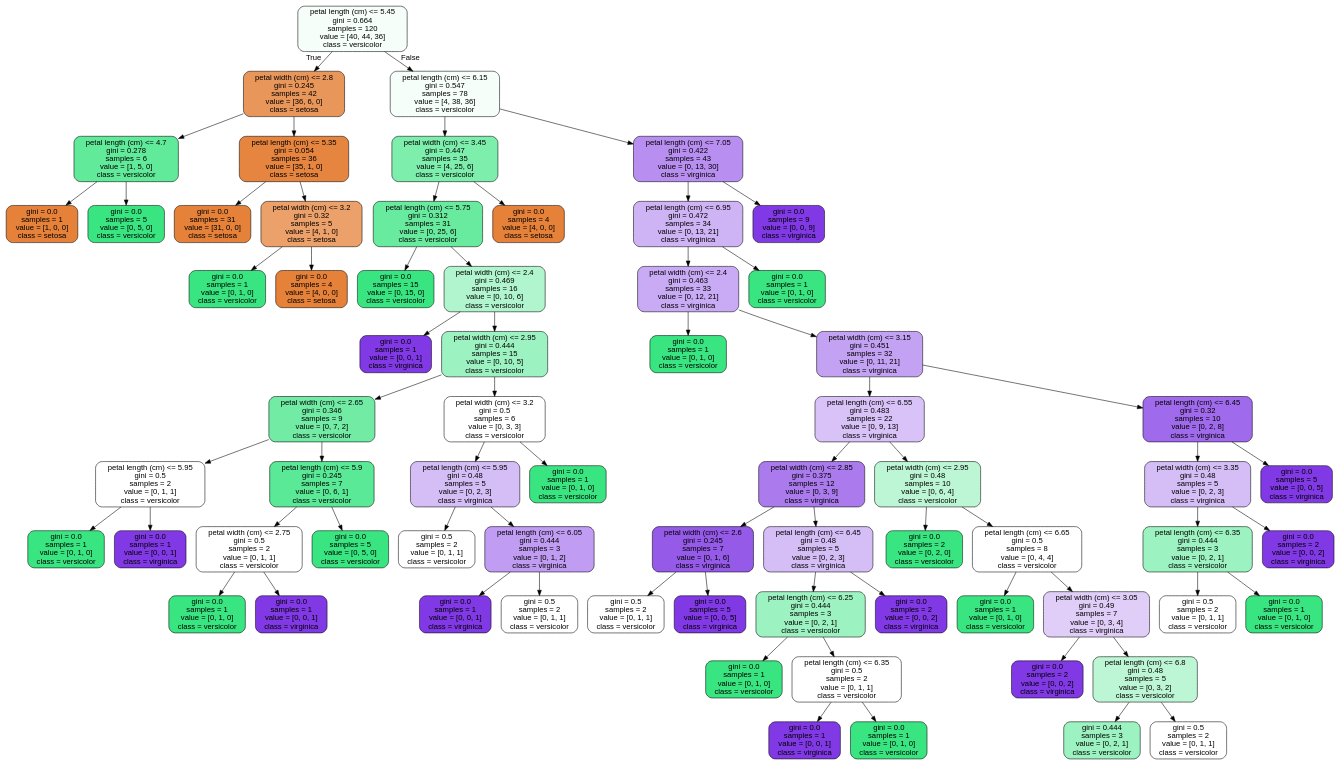
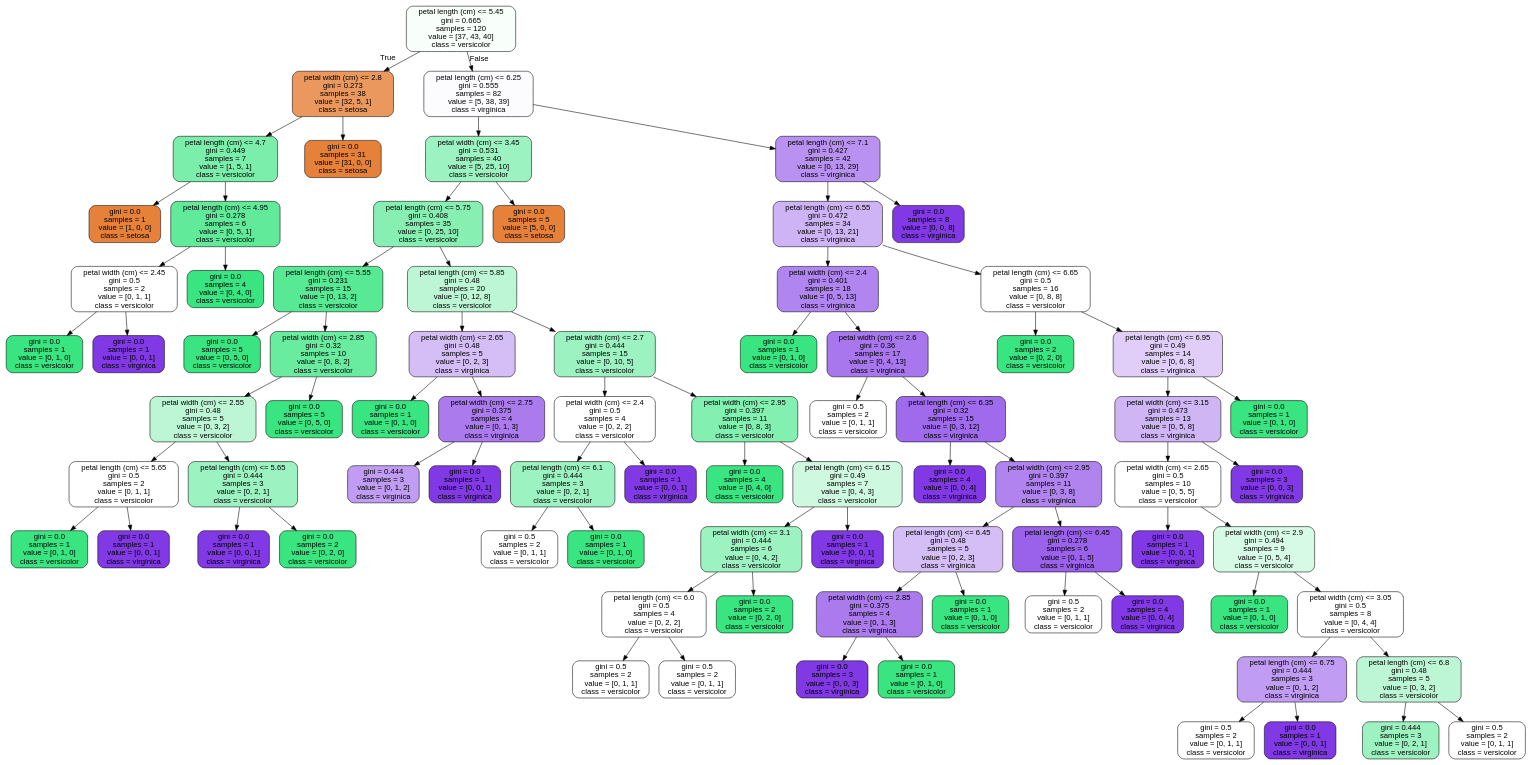
Before and after one commit to JoseDeJesusMendozaBecerril/Practica4_MineriaDeDatos: the diagram in images/decision_trees/iris_tree_train.dot, drawn with Graphviz. The commit also changed 10 other files, not shown here.

```diff
--- a/images/decision_trees/iris_tree_train.dot
+++ b/images/decision_trees/iris_tree_train.dot
@@ -1,141 +1,165 @@
 digraph Tree {
 node [shape=box, style="filled, rounded", color="black", fontname=helvetica] ;
 edge [fontname=helvetica] ;
-0 [label="petal length (cm) <= 5.45\ngini = 0.664\nsamples = 120\nvalue = [40, 44, 36]\nclass = versicolor", fillcolor="#f5fef9"] ;
-1 [label="petal width (cm) <= 2.8\ngini = 0.245\nsamples = 42\nvalue = [36, 6, 0]\nclass = setosa", fillcolor="#e9965a"] ;
+0 [label="petal length (cm) <= 5.45\ngini = 0.665\nsamples = 120\nvalue = [37, 43, 40]\nclass = versicolor", fillcolor="#f8fefa"] ;
+1 [label="petal width (cm) <= 2.8\ngini = 0.273\nsamples = 38\nvalue = [32, 5, 1]\nclass = setosa", fillcolor="#ea985d"] ;
 0 -> 1 [labeldistance=2.5, labelangle=45, headlabel="True"] ;
-2 [label="petal length (cm) <= 4.7\ngini = 0.278\nsamples = 6\nvalue = [1, 5, 0]\nclass = versicolor", fillcolor="#61ea9a"] ;
+2 [label="petal length (cm) <= 4.7\ngini = 0.449\nsamples = 7\nvalue = [1, 5, 1]\nclass = versicolor", fillcolor="#7beeab"] ;
 1 -> 2 ;
 3 [label="gini = 0.0\nsamples = 1\nvalue = [1, 0, 0]\nclass = setosa", fillcolor="#e58139"] ;
 2 -> 3 ;
-4 [label="gini = 0.0\nsamples = 5\nvalue = [0, 5, 0]\nclass = versicolor", fillcolor="#39e581"] ;
+4 [label="petal length (cm) <= 4.95\ngini = 0.278\nsamples = 6\nvalue = [0, 5, 1]\nclass = versicolor", fillcolor="#61ea9a"] ;
 2 -> 4 ;
-5 [label="petal length (cm) <= 5.35\ngini = 0.054\nsamples = 36\nvalue = [35, 1, 0]\nclass = setosa", fillcolor="#e6853f"] ;
-1 -> 5 ;
-6 [label="gini = 0.0\nsamples = 31\nvalue = [31, 0, 0]\nclass = setosa", fillcolor="#e58139"] ;
+5 [label="petal width (cm) <= 2.45\ngini = 0.5\nsamples = 2\nvalue = [0, 1, 1]\nclass = versicolor", fillcolor="#ffffff"] ;
+4 -> 5 ;
+6 [label="gini = 0.0\nsamples = 1\nvalue = [0, 1, 0]\nclass = versicolor", fillcolor="#39e581"] ;
 5 -> 6 ;
-7 [label="petal width (cm) <= 3.2\ngini = 0.32\nsamples = 5\nvalue = [4, 1, 0]\nclass = setosa", fillcolor="#eca06a"] ;
+7 [label="gini = 0.0\nsamples = 1\nvalue = [0, 0, 1]\nclass = virginica", fillcolor="#8139e5"] ;
 5 -> 7 ;
-8 [label="gini = 0.0\nsamples = 1\nvalue = [0, 1, 0]\nclass = versicolor", fillcolor="#39e581"] ;
-7 -> 8 ;
-9 [label="gini = 0.0\nsamples = 4\nvalue = [4, 0, 0]\nclass = setosa", fillcolor="#e58139"] ;
-7 -> 9 ;
-10 [label="petal length (cm) <= 6.15\ngini = 0.547\nsamples = 78\nvalue = [4, 38, 36]\nclass = versicolor", fillcolor="#f6fef9"] ;
+8 [label="gini = 0.0\nsamples = 4\nvalue = [0, 4, 0]\nclass = versicolor", fillcolor="#39e581"] ;
+4 -> 8 ;
+9 [label="gini = 0.0\nsamples = 31\nvalue = [31, 0, 0]\nclass = setosa", fillcolor="#e58139"] ;
+1 -> 9 ;
+10 [label="petal length (cm) <= 6.25\ngini = 0.555\nsamples = 82\nvalue = [5, 38, 39]\nclass = virginica", fillcolor="#fcfbfe"] ;
 0 -> 10 [labeldistance=2.5, labelangle=-45, headlabel="False"] ;
-11 [label="petal width (cm) <= 3.45\ngini = 0.447\nsamples = 35\nvalue = [4, 25, 6]\nclass = versicolor", fillcolor="#7deeac"] ;
+11 [label="petal width (cm) <= 3.45\ngini = 0.531\nsamples = 40\nvalue = [5, 25, 10]\nclass = versicolor", fillcolor="#9cf2c0"] ;
 10 -> 11 ;
-12 [label="petal length (cm) <= 5.75\ngini = 0.312\nsamples = 31\nvalue = [0, 25, 6]\nclass = versicolor", fillcolor="#69eb9f"] ;
+12 [label="petal length (cm) <= 5.75\ngini = 0.408\nsamples = 35\nvalue = [0, 25, 10]\nclass = versicolor", fillcolor="#88efb3"] ;
 11 -> 12 ;
-13 [label="gini = 0.0\nsamples = 15\nvalue = [0, 15, 0]\nclass = versicolor", fillcolor="#39e581"] ;
+13 [label="petal length (cm) <= 5.55\ngini = 0.231\nsamples = 15\nvalue = [0, 13, 2]\nclass = versicolor", fillcolor="#57e994"] ;
 12 -> 13 ;
-14 [label="petal width (cm) <= 2.4\ngini = 0.469\nsamples = 16\nvalue = [0, 10, 6]\nclass = versicolor", fillcolor="#b0f5cd"] ;
-12 -> 14 ;
-15 [label="gini = 0.0\nsamples = 1\nvalue = [0, 0, 1]\nclass = virginica", fillcolor="#8139e5"] ;
-14 -> 15 ;
-16 [label="petal width (cm) <= 2.95\ngini = 0.444\nsamples = 15\nvalue = [0, 10, 5]\nclass = versicolor", fillcolor="#9cf2c0"] ;
-14 -> 16 ;
-17 [label="petal width (cm) <= 2.65\ngini = 0.346\nsamples = 9\nvalue = [0, 7, 2]\nclass = versicolor", fillcolor="#72eca5"] ;
+14 [label="gini = 0.0\nsamples = 5\nvalue = [0, 5, 0]\nclass = versicolor", fillcolor="#39e581"] ;
+13 -> 14 ;
+15 [label="petal width (cm) <= 2.85\ngini = 0.32\nsamples = 10\nvalue = [0, 8, 2]\nclass = versicolor", fillcolor="#6aeca0"] ;
+13 -> 15 ;
+16 [label="petal width (cm) <= 2.55\ngini = 0.48\nsamples = 5\nvalue = [0, 3, 2]\nclass = versicolor", fillcolor="#bdf6d5"] ;
+15 -> 16 ;
+17 [label="petal length (cm) <= 5.65\ngini = 0.5\nsamples = 2\nvalue = [0, 1, 1]\nclass = versicolor", fillcolor="#ffffff"] ;
 16 -> 17 ;
-18 [label="petal length (cm) <= 5.95\ngini = 0.5\nsamples = 2\nvalue = [0, 1, 1]\nclass = versicolor", fillcolor="#ffffff"] ;
+18 [label="gini = 0.0\nsamples = 1\nvalue = [0, 1, 0]\nclass = versicolor", fillcolor="#39e581"] ;
 17 -> 18 ;
-19 [label="gini = 0.0\nsamples = 1\nvalue = [0, 1, 0]\nclass = versicolor", fillcolor="#39e581"] ;
-18 -> 19 ;
-20 [label="gini = 0.0\nsamples = 1\nvalue = [0, 0, 1]\nclass = virginica", fillcolor="#8139e5"] ;
-18 -> 20 ;
-21 [label="petal length (cm) <= 5.9\ngini = 0.245\nsamples = 7\nvalue = [0, 6, 1]\nclass = versicolor", fillcolor="#5ae996"] ;
-17 -> 21 ;
-22 [label="petal width (cm) <= 2.75\ngini = 0.5\nsamples = 2\nvalue = [0, 1, 1]\nclass = versicolor", fillcolor="#ffffff"] ;
-21 -> 22 ;
-23 [label="gini = 0.0\nsamples = 1\nvalue = [0, 1, 0]\nclass = versicolor", fillcolor="#39e581"] ;
-22 -> 23 ;
-24 [label="gini = 0.0\nsamples = 1\nvalue = [0, 0, 1]\nclass = virginica", fillcolor="#8139e5"] ;
-22 -> 24 ;
-25 [label="gini = 0.0\nsamples = 5\nvalue = [0, 5, 0]\nclass = versicolor", fillcolor="#39e581"] ;
-21 -> 25 ;
-26 [label="petal width (cm) <= 3.2\ngini = 0.5\nsamples = 6\nvalue = [0, 3, 3]\nclass = versicolor", fillcolor="#ffffff"] ;
-16 -> 26 ;
-27 [label="petal length (cm) <= 5.95\ngini = 0.48\nsamples = 5\nvalue = [0, 2, 3]\nclass = virginica", fillcolor="#d5bdf6"] ;
-26 -> 27 ;
-28 [label="gini = 0.5\nsamples = 2\nvalue = [0, 1, 1]\nclass = versicolor", fillcolor="#ffffff"] ;
+19 [label="gini = 0.0\nsamples = 1\nvalue = [0, 0, 1]\nclass = virginica", fillcolor="#8139e5"] ;
+17 -> 19 ;
+20 [label="petal length (cm) <= 5.65\ngini = 0.444\nsamples = 3\nvalue = [0, 2, 1]\nclass = versicolor", fillcolor="#9cf2c0"] ;
+16 -> 20 ;
+21 [label="gini = 0.0\nsamples = 1\nvalue = [0, 0, 1]\nclass = virginica", fillcolor="#8139e5"] ;
+20 -> 21 ;
+22 [label="gini = 0.0\nsamples = 2\nvalue = [0, 2, 0]\nclass = versicolor", fillcolor="#39e581"] ;
+20 -> 22 ;
+23 [label="gini = 0.0\nsamples = 5\nvalue = [0, 5, 0]\nclass = versicolor", fillcolor="#39e581"] ;
+15 -> 23 ;
+24 [label="petal length (cm) <= 5.85\ngini = 0.48\nsamples = 20\nvalue = [0, 12, 8]\nclass = versicolor", fillcolor="#bdf6d5"] ;
+12 -> 24 ;
+25 [label="petal width (cm) <= 2.65\ngini = 0.48\nsamples = 5\nvalue = [0, 2, 3]\nclass = virginica", fillcolor="#d5bdf6"] ;
+24 -> 25 ;
+26 [label="gini = 0.0\nsamples = 1\nvalue = [0, 1, 0]\nclass = versicolor", fillcolor="#39e581"] ;
+25 -> 26 ;
+27 [label="petal width (cm) <= 2.75\ngini = 0.375\nsamples = 4\nvalue = [0, 1, 3]\nclass = virginica", fillcolor="#ab7bee"] ;
+25 -> 27 ;
+28 [label="gini = 0.444\nsamples = 3\nvalue = [0, 1, 2]\nclass = virginica", fillcolor="#c09cf2"] ;
 27 -> 28 ;
-29 [label="petal length (cm) <= 6.05\ngini = 0.444\nsamples = 3\nvalue = [0, 1, 2]\nclass = virginica", fillcolor="#c09cf2"] ;
+29 [label="gini = 0.0\nsamples = 1\nvalue = [0, 0, 1]\nclass = virginica", fillcolor="#8139e5"] ;
 27 -> 29 ;
-30 [label="gini = 0.0\nsamples = 1\nvalue = [0, 0, 1]\nclass = virginica", fillcolor="#8139e5"] ;
-29 -> 30 ;
-31 [label="gini = 0.5\nsamples = 2\nvalue = [0, 1, 1]\nclass = versicolor", fillcolor="#ffffff"] ;
-29 -> 31 ;
-32 [label="gini = 0.0\nsamples = 1\nvalue = [0, 1, 0]\nclass = versicolor", fillcolor="#39e581"] ;
-26 -> 32 ;
-33 [label="gini = 0.0\nsamples = 4\nvalue = [4, 0, 0]\nclass = setosa", fillcolor="#e58139"] ;
-11 -> 33 ;
-34 [label="petal length (cm) <= 7.05\ngini = 0.422\nsamples = 43\nvalue = [0, 13, 30]\nclass = virginica", fillcolor="#b88ff0"] ;
-10 -> 34 ;
-35 [label="petal length (cm) <= 6.95\ngini = 0.472\nsamples = 34\nvalue = [0, 13, 21]\nclass = virginica", fillcolor="#cfb4f5"] ;
-34 -> 35 ;
-36 [label="petal width (cm) <= 2.4\ngini = 0.463\nsamples = 33\nvalue = [0, 12, 21]\nclass = virginica", fillcolor="#c9aaf4"] ;
-35 -> 36 ;
-37 [label="gini = 0.0\nsamples = 1\nvalue = [0, 1, 0]\nclass = versicolor", fillcolor="#39e581"] ;
+30 [label="petal width (cm) <= 2.7\ngini = 0.444\nsamples = 15\nvalue = [0, 10, 5]\nclass = versicolor", fillcolor="#9cf2c0"] ;
+24 -> 30 ;
+31 [label="petal width (cm) <= 2.4\ngini = 0.5\nsamples = 4\nvalue = [0, 2, 2]\nclass = versicolor", fillcolor="#ffffff"] ;
+30 -> 31 ;
+32 [label="petal length (cm) <= 6.1\ngini = 0.444\nsamples = 3\nvalue = [0, 2, 1]\nclass = versicolor", fillcolor="#9cf2c0"] ;
+31 -> 32 ;
+33 [label="gini = 0.5\nsamples = 2\nvalue = [0, 1, 1]\nclass = versicolor", fillcolor="#ffffff"] ;
+32 -> 33 ;
+34 [label="gini = 0.0\nsamples = 1\nvalue = [0, 1, 0]\nclass = versicolor", fillcolor="#39e581"] ;
+32 -> 34 ;
+35 [label="gini = 0.0\nsamples = 1\nvalue = [0, 0, 1]\nclass = virginica", fillcolor="#8139e5"] ;
+31 -> 35 ;
+36 [label="petal width (cm) <= 2.95\ngini = 0.397\nsamples = 11\nvalue = [0, 8, 3]\nclass = versicolor", fillcolor="#83efb0"] ;
+30 -> 36 ;
+37 [label="gini = 0.0\nsamples = 4\nvalue = [0, 4, 0]\nclass = versicolor", fillcolor="#39e581"] ;
 36 -> 37 ;
-38 [label="petal width (cm) <= 3.15\ngini = 0.451\nsamples = 32\nvalue = [0, 11, 21]\nclass = virginica", fillcolor="#c3a1f3"] ;
+38 [label="petal length (cm) <= 6.15\ngini = 0.49\nsamples = 7\nvalue = [0, 4, 3]\nclass = versicolor", fillcolor="#cef8e0"] ;
 36 -> 38 ;
-39 [label="petal length (cm) <= 6.55\ngini = 0.483\nsamples = 22\nvalue = [0, 9, 13]\nclass = virginica", fillcolor="#d8c2f7"] ;
+39 [label="petal width (cm) <= 3.1\ngini = 0.444\nsamples = 6\nvalue = [0, 4, 2]\nclass = versicolor", fillcolor="#9cf2c0"] ;
 38 -> 39 ;
-40 [label="petal width (cm) <= 2.85\ngini = 0.375\nsamples = 12\nvalue = [0, 3, 9]\nclass = virginica", fillcolor="#ab7bee"] ;
+40 [label="petal length (cm) <= 6.0\ngini = 0.5\nsamples = 4\nvalue = [0, 2, 2]\nclass = versicolor", fillcolor="#ffffff"] ;
 39 -> 40 ;
-41 [label="petal width (cm) <= 2.6\ngini = 0.245\nsamples = 7\nvalue = [0, 1, 6]\nclass = virginica", fillcolor="#965ae9"] ;
+41 [label="gini = 0.5\nsamples = 2\nvalue = [0, 1, 1]\nclass = versicolor", fillcolor="#ffffff"] ;
 40 -> 41 ;
 42 [label="gini = 0.5\nsamples = 2\nvalue = [0, 1, 1]\nclass = versicolor", fillcolor="#ffffff"] ;
-41 -> 42 ;
-43 [label="gini = 0.0\nsamples = 5\nvalue = [0, 0, 5]\nclass = virginica", fillcolor="#8139e5"] ;
-41 -> 43 ;
-44 [label="petal length (cm) <= 6.45\ngini = 0.48\nsamples = 5\nvalue = [0, 2, 3]\nclass = virginica", fillcolor="#d5bdf6"] ;
-40 -> 44 ;
-45 [label="petal length (cm) <= 6.25\ngini = 0.444\nsamples = 3\nvalue = [0, 2, 1]\nclass = versicolor", fillcolor="#9cf2c0"] ;
-44 -> 45 ;
-46 [label="gini = 0.0\nsamples = 1\nvalue = [0, 1, 0]\nclass = versicolor", fillcolor="#39e581"] ;
-45 -> 46 ;
-47 [label="petal length (cm) <= 6.35\ngini = 0.5\nsamples = 2\nvalue = [0, 1, 1]\nclass = versicolor", fillcolor="#ffffff"] ;
-45 -> 47 ;
-48 [label="gini = 0.0\nsamples = 1\nvalue = [0, 0, 1]\nclass = virginica", fillcolor="#8139e5"] ;
+40 -> 42 ;
+43 [label="gini = 0.0\nsamples = 2\nvalue = [0, 2, 0]\nclass = versicolor", fillcolor="#39e581"] ;
+39 -> 43 ;
+44 [label="gini = 0.0\nsamples = 1\nvalue = [0, 0, 1]\nclass = virginica", fillcolor="#8139e5"] ;
+38 -> 44 ;
+45 [label="gini = 0.0\nsamples = 5\nvalue = [5, 0, 0]\nclass = setosa", fillcolor="#e58139"] ;
+11 -> 45 ;
+46 [label="petal length (cm) <= 7.1\ngini = 0.427\nsamples = 42\nvalue = [0, 13, 29]\nclass = virginica", fillcolor="#b992f1"] ;
+10 -> 46 ;
+47 [label="petal length (cm) <= 6.55\ngini = 0.472\nsamples = 34\nvalue = [0, 13, 21]\nclass = virginica", fillcolor="#cfb4f5"] ;
+46 -> 47 ;
+48 [label="petal width (cm) <= 2.4\ngini = 0.401\nsamples = 18\nvalue = [0, 5, 13]\nclass = virginica", fillcolor="#b185ef"] ;
 47 -> 48 ;
 49 [label="gini = 0.0\nsamples = 1\nvalue = [0, 1, 0]\nclass = versicolor", fillcolor="#39e581"] ;
-47 -> 49 ;
-50 [label="gini = 0.0\nsamples = 2\nvalue = [0, 0, 2]\nclass = virginica", fillcolor="#8139e5"] ;
-44 -> 50 ;
-51 [label="petal width (cm) <= 2.95\ngini = 0.48\nsamples = 10\nvalue = [0, 6, 4]\nclass = versicolor", fillcolor="#bdf6d5"] ;
-39 -> 51 ;
-52 [label="gini = 0.0\nsamples = 2\nvalue = [0, 2, 0]\nclass = versicolor", fillcolor="#39e581"] ;
-51 -> 52 ;
-53 [label="petal length (cm) <= 6.65\ngini = 0.5\nsamples = 8\nvalue = [0, 4, 4]\nclass = versicolor", fillcolor="#ffffff"] ;
-51 -> 53 ;
-54 [label="gini = 0.0\nsamples = 1\nvalue = [0, 1, 0]\nclass = versicolor", fillcolor="#39e581"] ;
-53 -> 54 ;
-55 [label="petal width (cm) <= 3.05\ngini = 0.49\nsamples = 7\nvalue = [0, 3, 4]\nclass = virginica", fillcolor="#e0cef8"] ;
-53 -> 55 ;
-56 [label="gini = 0.0\nsamples = 2\nvalue = [0, 0, 2]\nclass = virginica", fillcolor="#8139e5"] ;
+48 -> 49 ;
+50 [label="petal width (cm) <= 2.6\ngini = 0.36\nsamples = 17\nvalue = [0, 4, 13]\nclass = virginica", fillcolor="#a876ed"] ;
+48 -> 50 ;
+51 [label="gini = 0.5\nsamples = 2\nvalue = [0, 1, 1]\nclass = versicolor", fillcolor="#ffffff"] ;
+50 -> 51 ;
+52 [label="petal length (cm) <= 6.35\ngini = 0.32\nsamples = 15\nvalue = [0, 3, 12]\nclass = virginica", fillcolor="#a06aec"] ;
+50 -> 52 ;
+53 [label="gini = 0.0\nsamples = 4\nvalue = [0, 0, 4]\nclass = virginica", fillcolor="#8139e5"] ;
+52 -> 53 ;
+54 [label="petal width (cm) <= 2.95\ngini = 0.397\nsamples = 11\nvalue = [0, 3, 8]\nclass = virginica", fillcolor="#b083ef"] ;
+52 -> 54 ;
+55 [label="petal length (cm) <= 6.45\ngini = 0.48\nsamples = 5\nvalue = [0, 2, 3]\nclass = virginica", fillcolor="#d5bdf6"] ;
+54 -> 55 ;
+56 [label="petal width (cm) <= 2.85\ngini = 0.375\nsamples = 4\nvalue = [0, 1, 3]\nclass = virginica", fillcolor="#ab7bee"] ;
 55 -> 56 ;
-57 [label="petal length (cm) <= 6.8\ngini = 0.48\nsamples = 5\nvalue = [0, 3, 2]\nclass = versicolor", fillcolor="#bdf6d5"] ;
-55 -> 57 ;
-58 [label="gini = 0.444\nsamples = 3\nvalue = [0, 2, 1]\nclass = versicolor", fillcolor="#9cf2c0"] ;
-57 -> 58 ;
-59 [label="gini = 0.5\nsamples = 2\nvalue = [0, 1, 1]\nclass = versicolor", fillcolor="#ffffff"] ;
-57 -> 59 ;
-60 [label="petal length (cm) <= 6.45\ngini = 0.32\nsamples = 10\nvalue = [0, 2, 8]\nclass = virginica", fillcolor="#a06aec"] ;
-38 -> 60 ;
-61 [label="petal width (cm) <= 3.35\ngini = 0.48\nsamples = 5\nvalue = [0, 2, 3]\nclass = virginica", fillcolor="#d5bdf6"] ;
+57 [label="gini = 0.0\nsamples = 3\nvalue = [0, 0, 3]\nclass = virginica", fillcolor="#8139e5"] ;
+56 -> 57 ;
+58 [label="gini = 0.0\nsamples = 1\nvalue = [0, 1, 0]\nclass = versicolor", fillcolor="#39e581"] ;
+56 -> 58 ;
+59 [label="gini = 0.0\nsamples = 1\nvalue = [0, 1, 0]\nclass = versicolor", fillcolor="#39e581"] ;
+55 -> 59 ;
+60 [label="petal length (cm) <= 6.45\ngini = 0.278\nsamples = 6\nvalue = [0, 1, 5]\nclass = virginica", fillcolor="#9a61ea"] ;
+54 -> 60 ;
+61 [label="gini = 0.5\nsamples = 2\nvalue = [0, 1, 1]\nclass = versicolor", fillcolor="#ffffff"] ;
 60 -> 61 ;
-62 [label="petal length (cm) <= 6.35\ngini = 0.444\nsamples = 3\nvalue = [0, 2, 1]\nclass = versicolor", fillcolor="#9cf2c0"] ;
-61 -> 62 ;
-63 [label="gini = 0.5\nsamples = 2\nvalue = [0, 1, 1]\nclass = versicolor", fillcolor="#ffffff"] ;
-62 -> 63 ;
-64 [label="gini = 0.0\nsamples = 1\nvalue = [0, 1, 0]\nclass = versicolor", fillcolor="#39e581"] ;
-62 -> 64 ;
-65 [label="gini = 0.0\nsamples = 2\nvalue = [0, 0, 2]\nclass = virginica", fillcolor="#8139e5"] ;
-61 -> 65 ;
-66 [label="gini = 0.0\nsamples = 5\nvalue = [0, 0, 5]\nclass = virginica", fillcolor="#8139e5"] ;
-60 -> 66 ;
-67 [label="gini = 0.0\nsamples = 1\nvalue = [0, 1, 0]\nclass = versicolor", fillcolor="#39e581"] ;
-35 -> 67 ;
-68 [label="gini = 0.0\nsamples = 9\nvalue = [0, 0, 9]\nclass = virginica", fillcolor="#8139e5"] ;
-34 -> 68 ;
+62 [label="gini = 0.0\nsamples = 4\nvalue = [0, 0, 4]\nclass = virginica", fillcolor="#8139e5"] ;
+60 -> 62 ;
+63 [label="petal length (cm) <= 6.65\ngini = 0.5\nsamples = 16\nvalue = [0, 8, 8]\nclass = versicolor", fillcolor="#ffffff"] ;
+47 -> 63 ;
+64 [label="gini = 0.0\nsamples = 2\nvalue = [0, 2, 0]\nclass = versicolor", fillcolor="#39e581"] ;
+63 -> 64 ;
+65 [label="petal length (cm) <= 6.95\ngini = 0.49\nsamples = 14\nvalue = [0, 6, 8]\nclass = virginica", fillcolor="#e0cef8"] ;
+63 -> 65 ;
+66 [label="petal width (cm) <= 3.15\ngini = 0.473\nsamples = 13\nvalue = [0, 5, 8]\nclass = virginica", fillcolor="#d0b5f5"] ;
+65 -> 66 ;
+67 [label="petal width (cm) <= 2.65\ngini = 0.5\nsamples = 10\nvalue = [0, 5, 5]\nclass = versicolor", fillcolor="#ffffff"] ;
+66 -> 67 ;
+68 [label="gini = 0.0\nsamples = 1\nvalue = [0, 0, 1]\nclass = virginica", fillcolor="#8139e5"] ;
+67 -> 68 ;
+69 [label="petal width (cm) <= 2.9\ngini = 0.494\nsamples = 9\nvalue = [0, 5, 4]\nclass = versicolor", fillcolor="#d7fae6"] ;
+67 -> 69 ;
+70 [label="gini = 0.0\nsamples = 1\nvalue = [0, 1, 0]\nclass = versicolor", fillcolor="#39e581"] ;
+69 -> 70 ;
+71 [label="petal width (cm) <= 3.05\ngini = 0.5\nsamples = 8\nvalue = [0, 4, 4]\nclass = versicolor", fillcolor="#ffffff"] ;
+69 -> 71 ;
+72 [label="petal length (cm) <= 6.75\ngini = 0.444\nsamples = 3\nvalue = [0, 1, 2]\nclass = virginica", fillcolor="#c09cf2"] ;
+71 -> 72 ;
+73 [label="gini = 0.5\nsamples = 2\nvalue = [0, 1, 1]\nclass = versicolor", fillcolor="#ffffff"] ;
+72 -> 73 ;
+74 [label="gini = 0.0\nsamples = 1\nvalue = [0, 0, 1]\nclass = virginica", fillcolor="#8139e5"] ;
+72 -> 74 ;
+75 [label="petal length (cm) <= 6.8\ngini = 0.48\nsamples = 5\nvalue = [0, 3, 2]\nclass = versicolor", fillcolor="#bdf6d5"] ;
+71 -> 75 ;
+76 [label="gini = 0.444\nsamples = 3\nvalue = [0, 2, 1]\nclass = versicolor", fillcolor="#9cf2c0"] ;
+75 -> 76 ;
+77 [label="gini = 0.5\nsamples = 2\nvalue = [0, 1, 1]\nclass = versicolor", fillcolor="#ffffff"] ;
+75 -> 77 ;
+78 [label="gini = 0.0\nsamples = 3\nvalue = [0, 0, 3]\nclass = virginica", fillcolor="#8139e5"] ;
+66 -> 78 ;
+79 [label="gini = 0.0\nsamples = 1\nvalue = [0, 1, 0]\nclass = versicolor", fillcolor="#39e581"] ;
+65 -> 79 ;
+80 [label="gini = 0.0\nsamples = 8\nvalue = [0, 0, 8]\nclass = virginica", fillcolor="#8139e5"] ;
+46 -> 80 ;
 }
```
